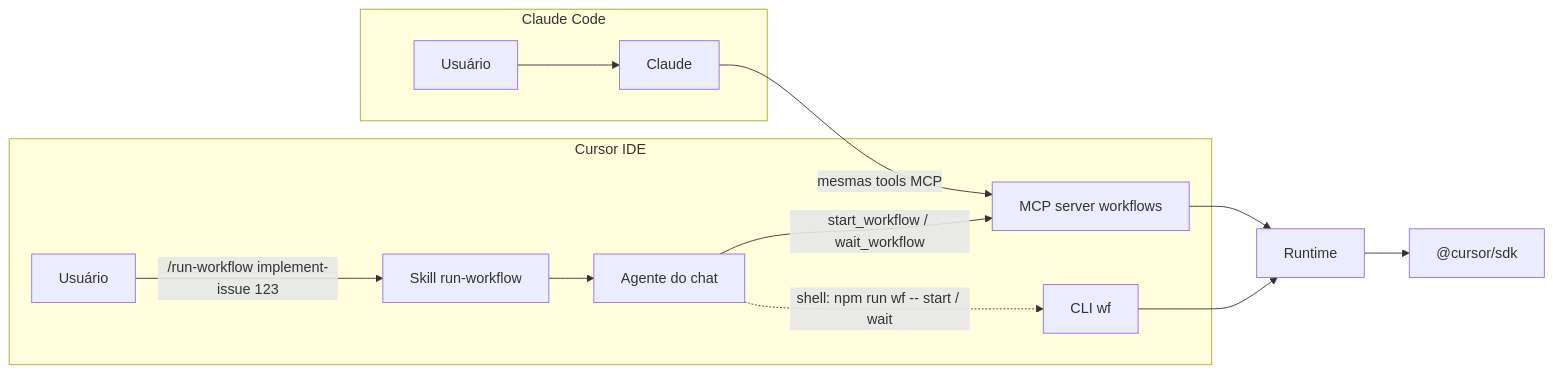
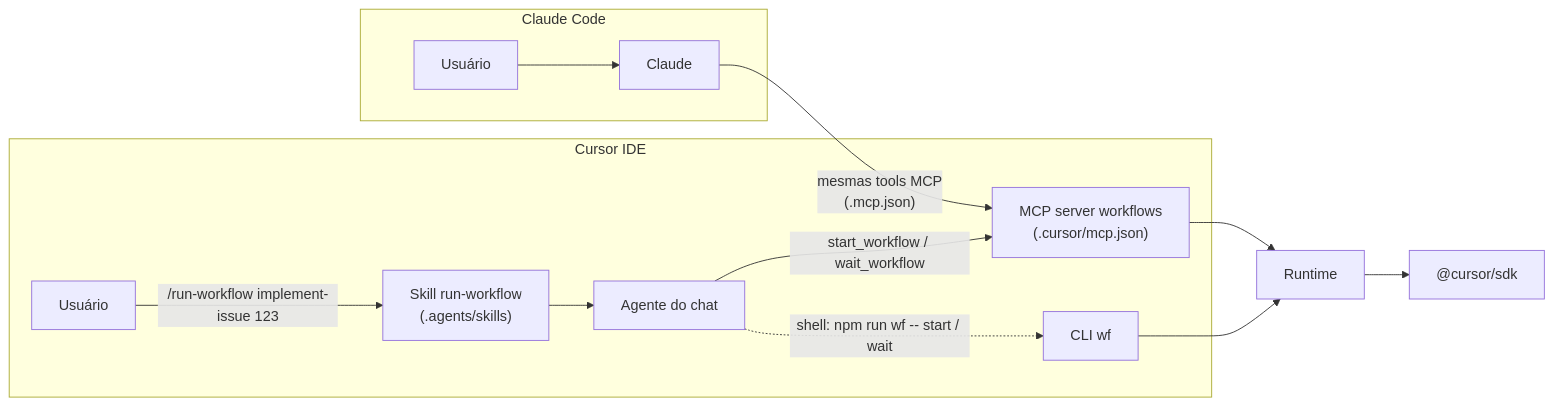
One commit to rodrigorjsf/ai-study-library changed the diagram in ai/study/cursor-agent-sdk-workflows/starter-kit/docs/04-invocacao-no-cursor-ide.md. Above: the diagram before and after it, drawn with Mermaid. The commit also changed other lines of this file and 30 other files, not shown here.

First line of the commit message:
study: apply advisor review and .agents layout to Cursor workflows starter kit

````diff
--- a/ai/study/cursor-agent-sdk-workflows/starter-kit/docs/04-invocacao-no-cursor-ide.md
+++ b/ai/study/cursor-agent-sdk-workflows/starter-kit/docs/04-invocacao-no-cursor-ide.md
@@ -5,15 +5,15 @@
 ```mermaid
 flowchart LR
   subgraph Cursor["Cursor IDE"]
-    U[Usuário] -->|"/run-workflow implement-issue 123"| S[Skill run-workflow]
+    U[Usuário] -->|"/run-workflow implement-issue 123"| S["Skill run-workflow<br/>(.agents/skills)"]
     S --> A[Agente do chat]
-    A -->|"start_workflow / wait_workflow"| M[MCP server workflows]
+    A -->|"start_workflow / wait_workflow"| M["MCP server workflows<br/>(.cursor/mcp.json)"]
     A -.->|"shell: npm run wf -- start / wait"| C[CLI wf]
   end
   subgraph Claude["Claude Code"]
-    U2[Usuário] --> A2[Claude] -->|"mesmas tools MCP"| M
+    U2[Usuário] --> A2[Claude] -->|"mesmas tools MCP<br/>(.mcp.json)"| M
   end
   M --> R[Runtime]
   C --> R
   R --> SDK["@cursor/sdk"]
 ```
````
